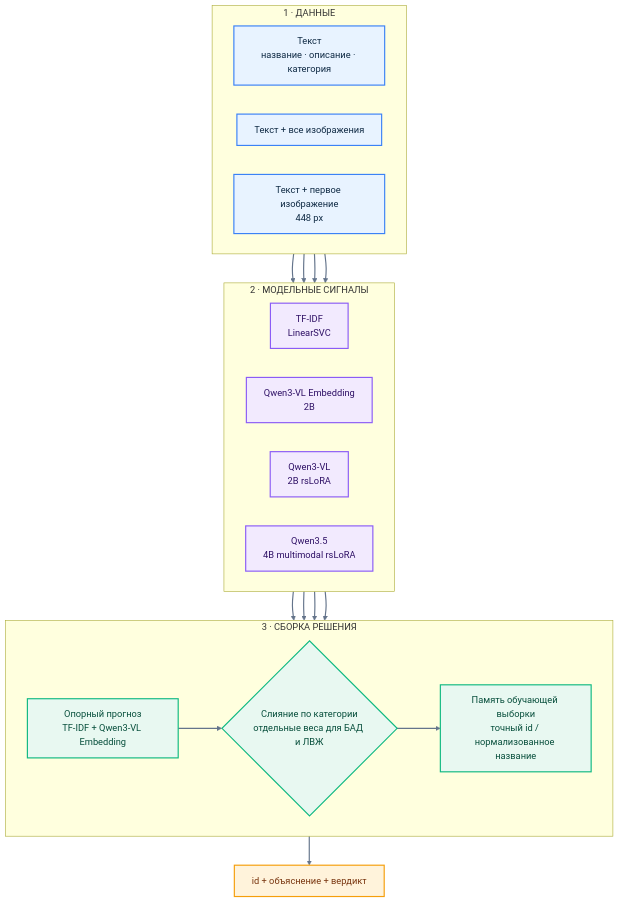
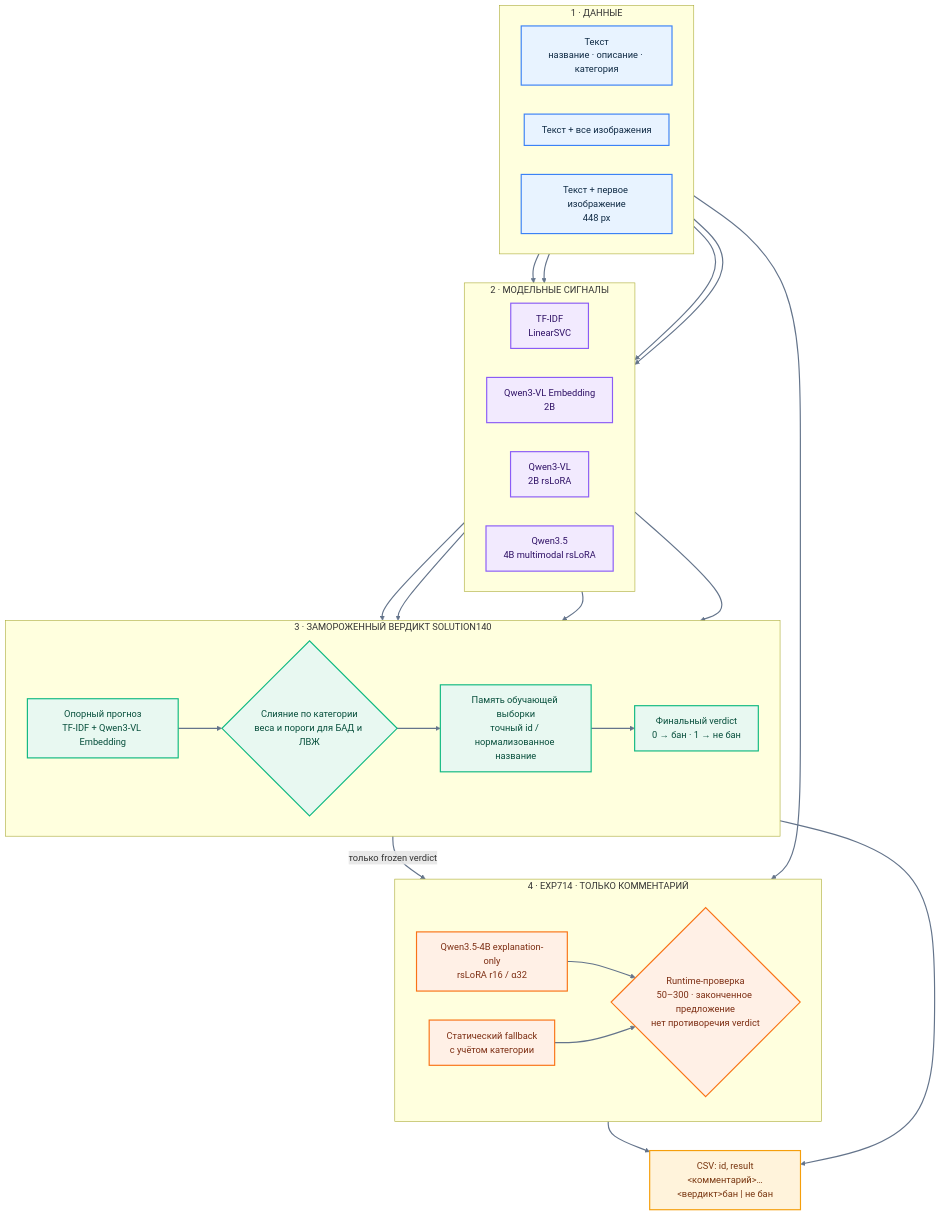
One commit to triflt/ecup-2026-quality changed the diagram in docs/research/solution-140-journey.md. Above: the diagram before and after it, drawn with Mermaid. The commit also changed other lines of this file and 8 other files, not shown here.

Commit message:
Document and enforce Exp714 frozen-verdict runtime

````diff
--- a/docs/research/solution-140-journey.md
+++ b/docs/research/solution-140-journey.md
@@ -21,47 +21,63 @@
 ```mermaid
 flowchart TB
     subgraph DATA["1 · ДАННЫЕ"]
         direction LR
         DT["Текст<br/>название · описание · категория"]
         DA["Текст + все изображения"]
         D1["Текст + первое изображение<br/>448 px"]
     end
 
     subgraph MODELS["2 · МОДЕЛЬНЫЕ СИГНАЛЫ"]
         direction LR
         S["TF-IDF<br/>LinearSVC"]
         E["Qwen3-VL Embedding<br/>2B"]
         V["Qwen3-VL<br/>2B rsLoRA"]
         Q["Qwen3.5<br/>4B multimodal rsLoRA"]
     end
 
-    subgraph DECISION["3 · СБОРКА РЕШЕНИЯ"]
+    subgraph DECISION["3 · ЗАМОРОЖЕННЫЙ ВЕРДИКТ SOLUTION140"]
         direction LR
         R["Опорный прогноз<br/>TF-IDF + Qwen3-VL Embedding"]
-        F{"Слияние по категории<br/>отдельные веса для БАД и ЛВЖ"}
+        F{"Слияние по категории<br/>веса и пороги для БАД и ЛВЖ"}
         M["Память обучающей выборки<br/>точный id / нормализованное название"]
+        P["Финальный verdict<br/>0 → бан · 1 → не бан"]
     end
 
-    O["id + объяснение + вердикт"]
+    subgraph EXPLANATION["4 · EXP714 · ТОЛЬКО КОММЕНТАРИЙ"]
+        direction LR
+        X["Qwen3.5-4B explanation-only<br/>rsLoRA r16 / α32"]
+        G{"Runtime-проверка<br/>50–300 · законченное предложение<br/>нет противоречия verdict"}
+        B["Статический fallback<br/>с учётом категории"]
+    end
+
+    O["CSV: id, result<br/>&lt;комментарий&gt;…&lt;вердикт&gt;бан | не бан"]
 
     DT --> S
     DA --> E
     D1 --> V
     D1 --> Q
     S --> R
     E --> R
     R --> F
     V --> F
     Q --> F
-    F --> M --> O
+    F --> M --> P
+    D1 --> X
+    P -- "только frozen verdict" --> X
+    X --> G
+    B --> G
+    G --> O
+    P --> O
 
     classDef data fill:#E8F3FF,stroke:#3B82F6,color:#0F2A44,stroke-width:2px;
     classDef model fill:#F2EAFE,stroke:#8B5CF6,color:#2E1065,stroke-width:2px;
     classDef decision fill:#E8F8F1,stroke:#10B981,color:#064E3B,stroke-width:2px;
+    classDef explanation fill:#FFF0E6,stroke:#F97316,color:#7C2D12,stroke-width:2px;
     classDef output fill:#FFF3DB,stroke:#F59E0B,color:#78350F,stroke-width:2px;
     class DT,DA,D1 data;
     class S,E,V,Q model;
-    class R,F,M decision;
+    class R,F,M,P decision;
+    class X,G,B explanation;
     class O output;
     linkStyle default stroke:#64748B,stroke-width:2px;
 ```
````
